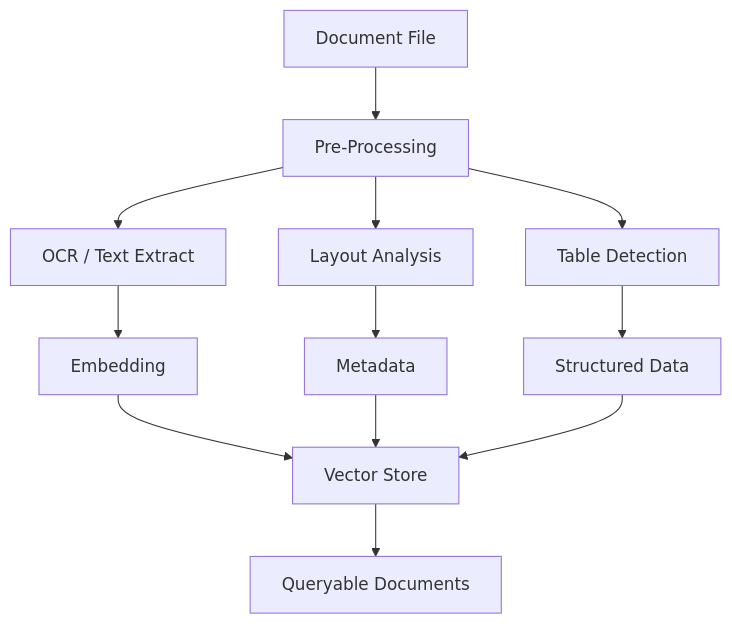
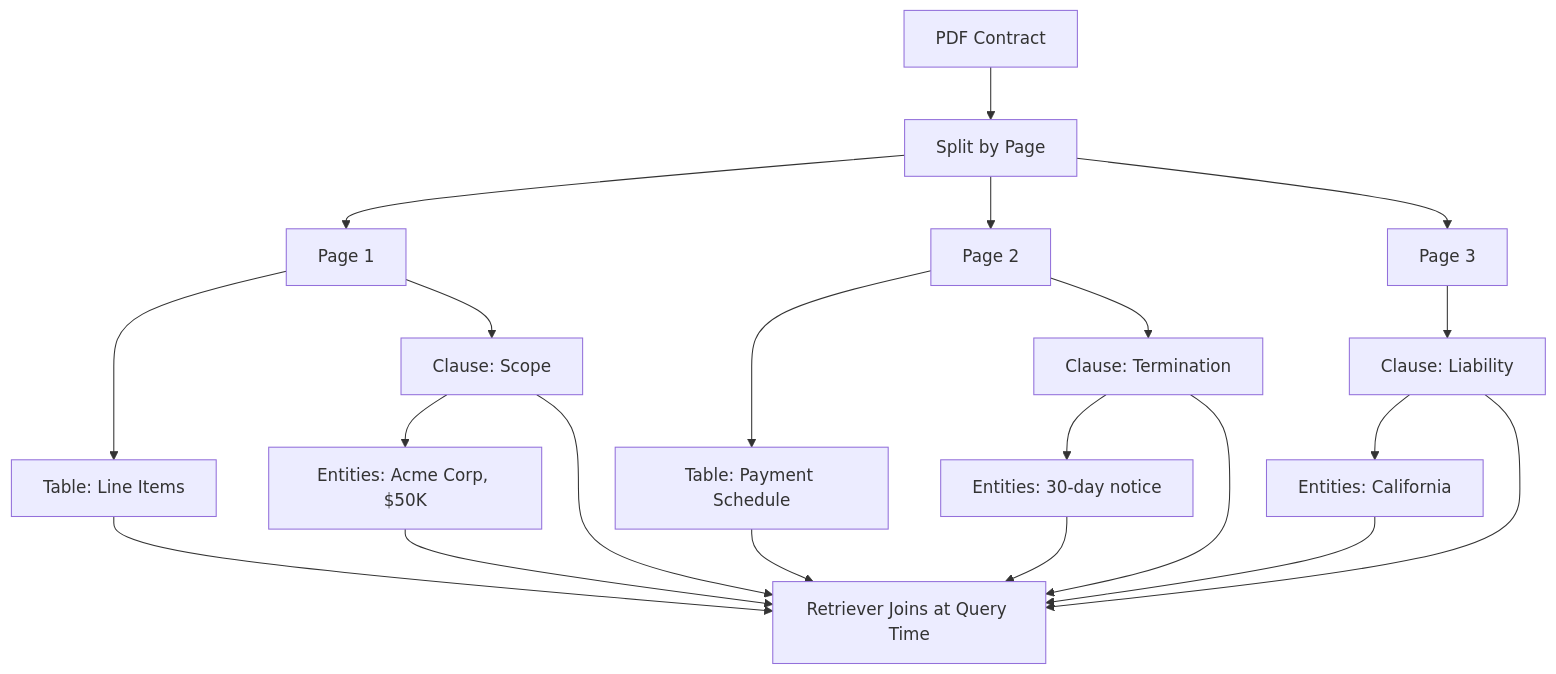
The diagram in patterns/document-intelligence.mdx (mixpeek/docs), drawn with Mermaid before and after one commit. The commit also changed other lines of this file and 2 other files, not shown here.

````diff
--- a/patterns/document-intelligence.mdx
+++ b/patterns/document-intelligence.mdx
@@ -32,14 +32,28 @@
 ```mermaid
 graph TD
-  D[Document File] --> P[Pre-Processing]
-  P --> O[OCR / Text Extract]
-  P --> L[Layout Analysis]
-  P --> T[Table Detection]
-  O --> E[Embedding]
-  L --> M[Metadata]
-  T --> S[Structured Data]
-  E --> V[Vector Store]
-  M --> V
-  S --> V
-  V --> Q[Queryable Documents]
+  D[PDF Contract] --> P[Split by Page]
+  
+  P --> P1[Page 1]
+  P --> P2[Page 2]
+  P --> P3[Page 3]
+  
+  P1 --> T1[Table: Line Items]
+  P2 --> T2[Table: Payment Schedule]
+  
+  P1 --> C1[Clause: Scope]
+  P2 --> C2[Clause: Termination]
+  P3 --> C3[Clause: Liability]
+  
+  C1 --> E1[Entities: Acme Corp, $50K]
+  C2 --> E2[Entities: 30-day notice]
+  C3 --> E3[Entities: California]
+  
+  T1 --> R[Retriever Joins at Query Time]
+  T2 --> R
+  C1 --> R
+  C2 --> R
+  C3 --> R
+  E1 --> R
+  E2 --> R
+  E3 --> R
 ```
````
